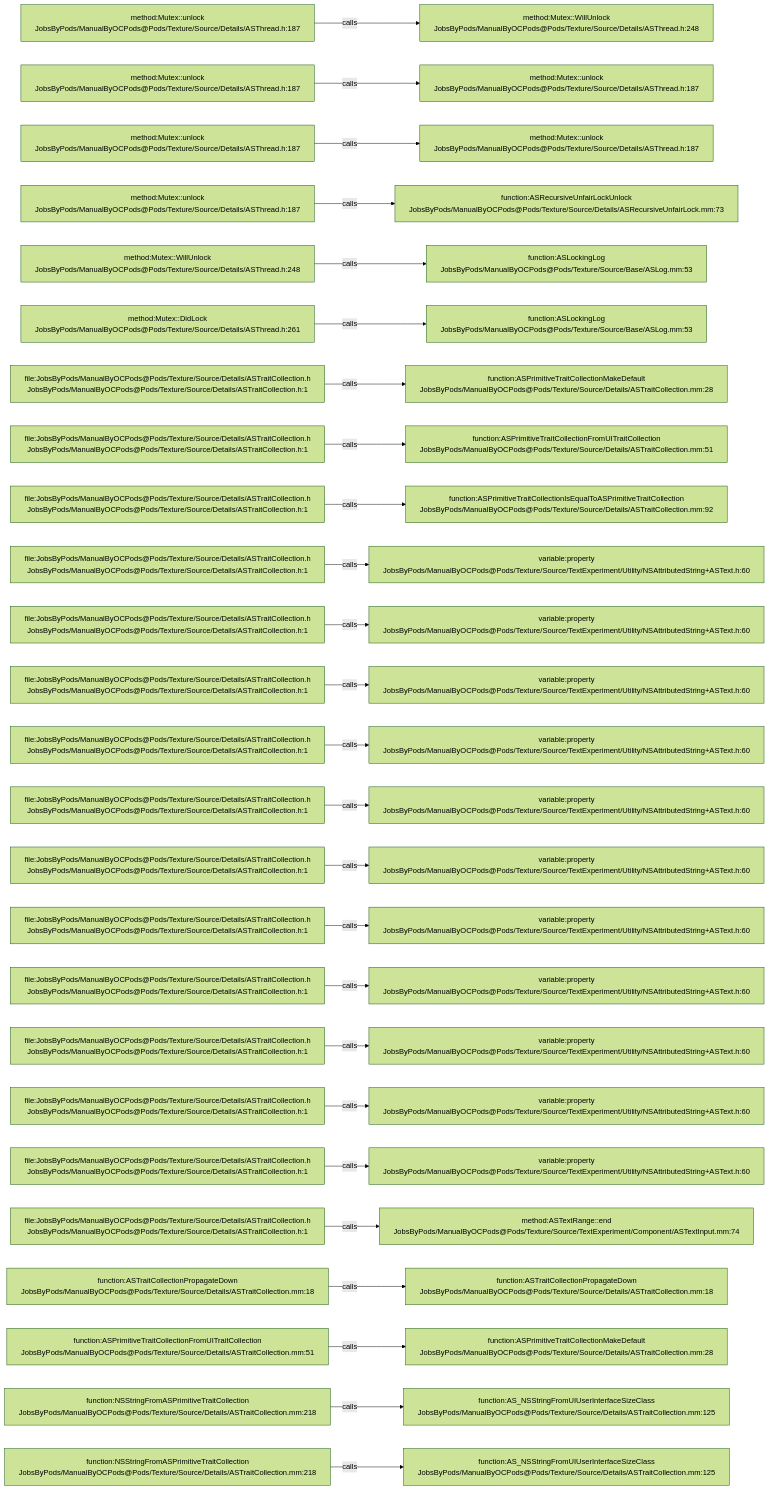
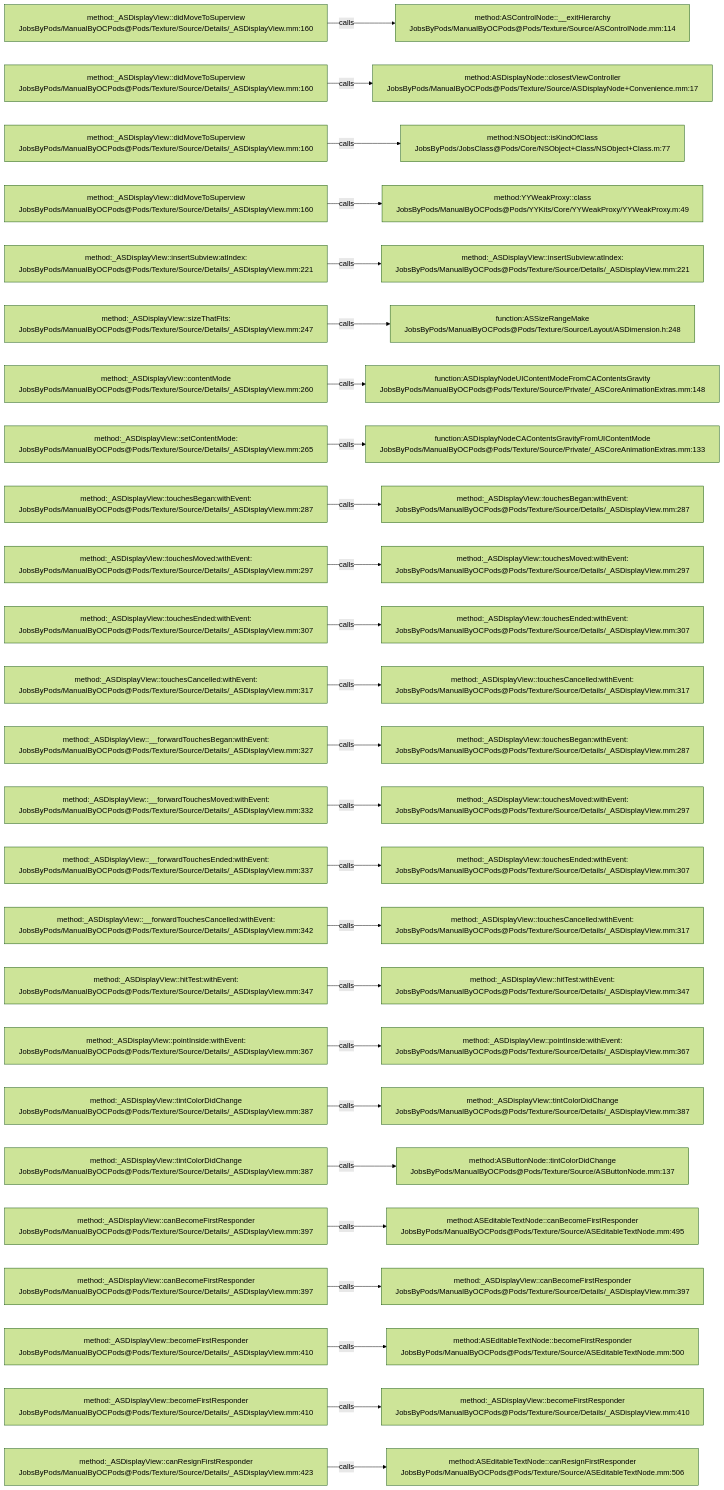
Before and after one commit to JobsKits/JobsOCBaseConfigDemo: the diagram in .codegraph/codegraph.md/graphs/calls-174.md, drawn with Mermaid (forest theme). The commit also changed 1223 other files, not shown here.

````diff
--- a/.codegraph/codegraph.md/graphs/calls-174.md
+++ b/.codegraph/codegraph.md/graphs/calls-174.md
@@ -13,78 +13,78 @@
 ```mermaid
 flowchart LR
-  S1["method:Mutex::unlock<br/>JobsByPods/ManualByOCPods@Pods/Texture/Source/Details/ASThread.h:187"]
-  T1["method:Mutex::WillUnlock<br/>JobsByPods/ManualByOCPods@Pods/Texture/Source/Details/ASThread.h:248"]
+  S1["method:_ASDisplayView::didMoveToSuperview<br/>JobsByPods/ManualByOCPods@Pods/Texture/Source/Details/_ASDisplayView.mm:160"]
+  T1["method:ASControlNode::__exitHierarchy<br/>JobsByPods/ManualByOCPods@Pods/Texture/Source/ASControlNode.mm:114"]
   S1 -->|calls| T1
-  S2["method:Mutex::unlock<br/>JobsByPods/ManualByOCPods@Pods/Texture/Source/Details/ASThread.h:187"]
-  T2["method:Mutex::unlock<br/>JobsByPods/ManualByOCPods@Pods/Texture/Source/Details/ASThread.h:187"]
+  S2["method:_ASDisplayView::didMoveToSuperview<br/>JobsByPods/ManualByOCPods@Pods/Texture/Source/Details/_ASDisplayView.mm:160"]
+  T2["method:ASDisplayNode::closestViewController<br/>JobsByPods/ManualByOCPods@Pods/Texture/Source/ASDisplayNode+Convenience.mm:17"]
   S2 -->|calls| T2
-  S3["method:Mutex::unlock<br/>JobsByPods/ManualByOCPods@Pods/Texture/Source/Details/ASThread.h:187"]
-  T3["method:Mutex::unlock<br/>JobsByPods/ManualByOCPods@Pods/Texture/Source/Details/ASThread.h:187"]
+  S3["method:_ASDisplayView::didMoveToSuperview<br/>JobsByPods/ManualByOCPods@Pods/Texture/Source/Details/_ASDisplayView.mm:160"]
+  T3["method:NSObject::isKindOfClass<br/>JobsByPods/JobsClass@Pods/Core/NSObject+Class/NSObject+Class.m:77"]
   S3 -->|calls| T3
-  S4["method:Mutex::unlock<br/>JobsByPods/ManualByOCPods@Pods/Texture/Source/Details/ASThread.h:187"]
-  T4["function:ASRecursiveUnfairLockUnlock<br/>JobsByPods/ManualByOCPods@Pods/Texture/Source/Details/ASRecursiveUnfairLock.mm:73"]
+  S4["method:_ASDisplayView::didMoveToSuperview<br/>JobsByPods/ManualByOCPods@Pods/Texture/Source/Details/_ASDisplayView.mm:160"]
+  T4["method:YYWeakProxy::class<br/>JobsByPods/ManualByOCPods@Pods/YYKits/Core/YYWeakProxy/YYWeakProxy.m:49"]
   S4 -->|calls| T4
-  S5["method:Mutex::WillUnlock<br/>JobsByPods/ManualByOCPods@Pods/Texture/Source/Details/ASThread.h:248"]
-  T5["function:ASLockingLog<br/>JobsByPods/ManualByOCPods@Pods/Texture/Source/Base/ASLog.mm:53"]
+  S5["method:_ASDisplayView::insertSubview:atIndex:<br/>JobsByPods/ManualByOCPods@Pods/Texture/Source/Details/_ASDisplayView.mm:221"]
+  T5["method:_ASDisplayView::insertSubview:atIndex:<br/>JobsByPods/ManualByOCPods@Pods/Texture/Source/Details/_ASDisplayView.mm:221"]
   S5 -->|calls| T5
-  S6["method:Mutex::DidLock<br/>JobsByPods/ManualByOCPods@Pods/Texture/Source/Details/ASThread.h:261"]
-  T6["function:ASLockingLog<br/>JobsByPods/ManualByOCPods@Pods/Texture/Source/Base/ASLog.mm:53"]
+  S6["method:_ASDisplayView::sizeThatFits:<br/>JobsByPods/ManualByOCPods@Pods/Texture/Source/Details/_ASDisplayView.mm:247"]
+  T6["function:ASSizeRangeMake<br/>JobsByPods/ManualByOCPods@Pods/Texture/Source/Layout/ASDimension.h:248"]
   S6 -->|calls| T6
-  S7["file:JobsByPods/ManualByOCPods@Pods/Texture/Source/Details/ASTraitCollection.h<br/>JobsByPods/ManualByOCPods@Pods/Texture/Source/Details/ASTraitCollection.h:1"]
-  T7["function:ASPrimitiveTraitCollectionMakeDefault<br/>JobsByPods/ManualByOCPods@Pods/Texture/Source/Details/ASTraitCollection.mm:28"]
+  S7["method:_ASDisplayView::contentMode<br/>JobsByPods/ManualByOCPods@Pods/Texture/Source/Details/_ASDisplayView.mm:260"]
+  T7["function:ASDisplayNodeUIContentModeFromCAContentsGravity<br/>JobsByPods/ManualByOCPods@Pods/Texture/Source/Private/_ASCoreAnimationExtras.mm:148"]
   S7 -->|calls| T7
-  S8["file:JobsByPods/ManualByOCPods@Pods/Texture/Source/Details/ASTraitCollection.h<br/>JobsByPods/ManualByOCPods@Pods/Texture/Source/Details/ASTraitCollection.h:1"]
-  T8["function:ASPrimitiveTraitCollectionFromUITraitCollection<br/>JobsByPods/ManualByOCPods@Pods/Texture/Source/Details/ASTraitCollection.mm:51"]
+  S8["method:_ASDisplayView::setContentMode:<br/>JobsByPods/ManualByOCPods@Pods/Texture/Source/Details/_ASDisplayView.mm:265"]
+  T8["function:ASDisplayNodeCAContentsGravityFromUIContentMode<br/>JobsByPods/ManualByOCPods@Pods/Texture/Source/Private/_ASCoreAnimationExtras.mm:133"]
   S8 -->|calls| T8
-  S9["file:JobsByPods/ManualByOCPods@Pods/Texture/Source/Details/ASTraitCollection.h<br/>JobsByPods/ManualByOCPods@Pods/Texture/Source/Details/ASTraitCollection.h:1"]
-  T9["function:ASPrimitiveTraitCollectionIsEqualToASPrimitiveTraitCollection<br/>JobsByPods/ManualByOCPods@Pods/Texture/Source/Details/ASTraitCollection.mm:92"]
+  S9["method:_ASDisplayView::touchesBegan:withEvent:<br/>JobsByPods/ManualByOCPods@Pods/Texture/Source/Details/_ASDisplayView.mm:287"]
+  T9["method:_ASDisplayView::touchesBegan:withEvent:<br/>JobsByPods/ManualByOCPods@Pods/Texture/Source/Details/_ASDisplayView.mm:287"]
   S9 -->|calls| T9
-  S10["file:JobsByPods/ManualByOCPods@Pods/Texture/Source/Details/ASTraitCollection.h<br/>JobsByPods/ManualByOCPods@Pods/Texture/Source/Details/ASTraitCollection.h:1"]
-  T10["variable:property<br/>JobsByPods/ManualByOCPods@Pods/Texture/Source/TextExperiment/Utility/NSAttributedString+ASText.h:60"]
+  S10["method:_ASDisplayView::touchesMoved:withEvent:<br/>JobsByPods/ManualByOCPods@Pods/Texture/Source/Details/_ASDisplayView.mm:297"]
+  T10["method:_ASDisplayView::touchesMoved:withEvent:<br/>JobsByPods/ManualByOCPods@Pods/Texture/Source/Details/_ASDisplayView.mm:297"]
   S10 -->|calls| T10
-  S11["file:JobsByPods/ManualByOCPods@Pods/Texture/Source/Details/ASTraitCollection.h<br/>JobsByPods/ManualByOCPods@Pods/Texture/Source/Details/ASTraitCollection.h:1"]
-  T11["variable:property<br/>JobsByPods/ManualByOCPods@Pods/Texture/Source/TextExperiment/Utility/NSAttributedString+ASText.h:60"]
+  S11["method:_ASDisplayView::touchesEnded:withEvent:<br/>JobsByPods/ManualByOCPods@Pods/Texture/Source/Details/_ASDisplayView.mm:307"]
+  T11["method:_ASDisplayView::touchesEnded:withEvent:<br/>JobsByPods/ManualByOCPods@Pods/Texture/Source/Details/_ASDisplayView.mm:307"]
   S11 -->|calls| T11
-  S12["file:JobsByPods/ManualByOCPods@Pods/Texture/Source/Details/ASTraitCollection.h<br/>JobsByPods/ManualByOCPods@Pods/Texture/Source/Details/ASTraitCollection.h:1"]
-  T12["variable:property<br/>JobsByPods/ManualByOCPods@Pods/Texture/Source/TextExperiment/Utility/NSAttributedString+ASText.h:60"]
+  S12["method:_ASDisplayView::touchesCancelled:withEvent:<br/>JobsByPods/ManualByOCPods@Pods/Texture/Source/Details/_ASDisplayView.mm:317"]
+  T12["method:_ASDisplayView::touchesCancelled:withEvent:<br/>JobsByPods/ManualByOCPods@Pods/Texture/Source/Details/_ASDisplayView.mm:317"]
   S12 -->|calls| T12
-  S13["file:JobsByPods/ManualByOCPods@Pods/Texture/Source/Details/ASTraitCollection.h<br/>JobsByPods/ManualByOCPods@Pods/Texture/Source/Details/ASTraitCollection.h:1"]
-  T13["variable:property<br/>JobsByPods/ManualByOCPods@Pods/Texture/Source/TextExperiment/Utility/NSAttributedString+ASText.h:60"]
+  S13["method:_ASDisplayView::__forwardTouchesBegan:withEvent:<br/>JobsByPods/ManualByOCPods@Pods/Texture/Source/Details/_ASDisplayView.mm:327"]
+  T13["method:_ASDisplayView::touchesBegan:withEvent:<br/>JobsByPods/ManualByOCPods@Pods/Texture/Source/Details/_ASDisplayView.mm:287"]
   S13 -->|calls| T13
-  S14["file:JobsByPods/ManualByOCPods@Pods/Texture/Source/Details/ASTraitCollection.h<br/>JobsByPods/ManualByOCPods@Pods/Texture/Source/Details/ASTraitCollection.h:1"]
-  T14["variable:property<br/>JobsByPods/ManualByOCPods@Pods/Texture/Source/TextExperiment/Utility/NSAttributedString+ASText.h:60"]
+  S14["method:_ASDisplayView::__forwardTouchesMoved:withEvent:<br/>JobsByPods/ManualByOCPods@Pods/Texture/Source/Details/_ASDisplayView.mm:332"]
+  T14["method:_ASDisplayView::touchesMoved:withEvent:<br/>JobsByPods/ManualByOCPods@Pods/Texture/Source/Details/_ASDisplayView.mm:297"]
   S14 -->|calls| T14
-  S15["file:JobsByPods/ManualByOCPods@Pods/Texture/Source/Details/ASTraitCollection.h<br/>JobsByPods/ManualByOCPods@Pods/Texture/Source/Details/ASTraitCollection.h:1"]
-  T15["variable:property<br/>JobsByPods/ManualByOCPods@Pods/Texture/Source/TextExperiment/Utility/NSAttributedString+ASText.h:60"]
+  S15["method:_ASDisplayView::__forwardTouchesEnded:withEvent:<br/>JobsByPods/ManualByOCPods@Pods/Texture/Source/Details/_ASDisplayView.mm:337"]
+  T15["method:_ASDisplayView::touchesEnded:withEvent:<br/>JobsByPods/ManualByOCPods@Pods/Texture/Source/Details/_ASDisplayView.mm:307"]
   S15 -->|calls| T15
-  S16["file:JobsByPods/ManualByOCPods@Pods/Texture/Source/Details/ASTraitCollection.h<br/>JobsByPods/ManualByOCPods@Pods/Texture/Source/Details/ASTraitCollection.h:1"]
-  T16["variable:property<br/>JobsByPods/ManualByOCPods@Pods/Texture/Source/TextExperiment/Utility/NSAttributedString+ASText.h:60"]
+  S16["method:_ASDisplayView::__forwardTouchesCancelled:withEvent:<br/>JobsByPods/ManualByOCPods@Pods/Texture/Source/Details/_ASDisplayView.mm:342"]
+  T16["method:_ASDisplayView::touchesCancelled:withEvent:<br/>JobsByPods/ManualByOCPods@Pods/Texture/Source/Details/_ASDisplayView.mm:317"]
   S16 -->|calls| T16
-  S17["file:JobsByPods/ManualByOCPods@Pods/Texture/Source/Details/ASTraitCollection.h<br/>JobsByPods/ManualByOCPods@Pods/Texture/Source/Details/ASTraitCollection.h:1"]
-  T17["variable:property<br/>JobsByPods/ManualByOCPods@Pods/Texture/Source/TextExperiment/Utility/NSAttributedString+ASText.h:60"]
+  S17["method:_ASDisplayView::hitTest:withEvent:<br/>JobsByPods/ManualByOCPods@Pods/Texture/Source/Details/_ASDisplayView.mm:347"]
+  T17["method:_ASDisplayView::hitTest:withEvent:<br/>JobsByPods/ManualByOCPods@Pods/Texture/Source/Details/_ASDisplayView.mm:347"]
   S17 -->|calls| T17
-  S18["file:JobsByPods/ManualByOCPods@Pods/Texture/Source/Details/ASTraitCollection.h<br/>JobsByPods/ManualByOCPods@Pods/Texture/Source/Details/ASTraitCollection.h:1"]
-  T18["variable:property<br/>JobsByPods/ManualByOCPods@Pods/Texture/Source/TextExperiment/Utility/NSAttributedString+ASText.h:60"]
+  S18["method:_ASDisplayView::pointInside:withEvent:<br/>JobsByPods/ManualByOCPods@Pods/Texture/Source/Details/_ASDisplayView.mm:367"]
+  T18["method:_ASDisplayView::pointInside:withEvent:<br/>JobsByPods/ManualByOCPods@Pods/Texture/Source/Details/_ASDisplayView.mm:367"]
   S18 -->|calls| T18
-  S19["file:JobsByPods/ManualByOCPods@Pods/Texture/Source/Details/ASTraitCollection.h<br/>JobsByPods/ManualByOCPods@Pods/Texture/Source/Details/ASTraitCollection.h:1"]
-  T19["variable:property<br/>JobsByPods/ManualByOCPods@Pods/Texture/Source/TextExperiment/Utility/NSAttributedString+ASText.h:60"]
+  S19["method:_ASDisplayView::tintColorDidChange<br/>JobsByPods/ManualByOCPods@Pods/Texture/Source/Details/_ASDisplayView.mm:387"]
+  T19["method:_ASDisplayView::tintColorDidChange<br/>JobsByPods/ManualByOCPods@Pods/Texture/Source/Details/_ASDisplayView.mm:387"]
   S19 -->|calls| T19
-  S20["file:JobsByPods/ManualByOCPods@Pods/Texture/Source/Details/ASTraitCollection.h<br/>JobsByPods/ManualByOCPods@Pods/Texture/Source/Details/ASTraitCollection.h:1"]
-  T20["variable:property<br/>JobsByPods/ManualByOCPods@Pods/Texture/Source/TextExperiment/Utility/NSAttributedString+ASText.h:60"]
+  S20["method:_ASDisplayView::tintColorDidChange<br/>JobsByPods/ManualByOCPods@Pods/Texture/Source/Details/_ASDisplayView.mm:387"]
+  T20["method:ASButtonNode::tintColorDidChange<br/>JobsByPods/ManualByOCPods@Pods/Texture/Source/ASButtonNode.mm:137"]
   S20 -->|calls| T20
-  S21["file:JobsByPods/ManualByOCPods@Pods/Texture/Source/Details/ASTraitCollection.h<br/>JobsByPods/ManualByOCPods@Pods/Texture/Source/Details/ASTraitCollection.h:1"]
-  T21["method:ASTextRange::end<br/>JobsByPods/ManualByOCPods@Pods/Texture/Source/TextExperiment/Component/ASTextInput.mm:74"]
+  S21["method:_ASDisplayView::canBecomeFirstResponder<br/>JobsByPods/ManualByOCPods@Pods/Texture/Source/Details/_ASDisplayView.mm:397"]
+  T21["method:ASEditableTextNode::canBecomeFirstResponder<br/>JobsByPods/ManualByOCPods@Pods/Texture/Source/ASEditableTextNode.mm:495"]
   S21 -->|calls| T21
-  S22["function:ASTraitCollectionPropagateDown<br/>JobsByPods/ManualByOCPods@Pods/Texture/Source/Details/ASTraitCollection.mm:18"]
-  T22["function:ASTraitCollectionPropagateDown<br/>JobsByPods/ManualByOCPods@Pods/Texture/Source/Details/ASTraitCollection.mm:18"]
+  S22["method:_ASDisplayView::canBecomeFirstResponder<br/>JobsByPods/ManualByOCPods@Pods/Texture/Source/Details/_ASDisplayView.mm:397"]
+  T22["method:_ASDisplayView::canBecomeFirstResponder<br/>JobsByPods/ManualByOCPods@Pods/Texture/Source/Details/_ASDisplayView.mm:397"]
   S22 -->|calls| T22
-  S23["function:ASPrimitiveTraitCollectionFromUITraitCollection<br/>JobsByPods/ManualByOCPods@Pods/Texture/Source/Details/ASTraitCollection.mm:51"]
-  T23["function:ASPrimitiveTraitCollectionMakeDefault<br/>JobsByPods/ManualByOCPods@Pods/Texture/Source/Details/ASTraitCollection.mm:28"]
+  S23["method:_ASDisplayView::becomeFirstResponder<br/>JobsByPods/ManualByOCPods@Pods/Texture/Source/Details/_ASDisplayView.mm:410"]
+  T23["method:ASEditableTextNode::becomeFirstResponder<br/>JobsByPods/ManualByOCPods@Pods/Texture/Source/ASEditableTextNode.mm:500"]
   S23 -->|calls| T23
-  S24["function:NSStringFromASPrimitiveTraitCollection<br/>JobsByPods/ManualByOCPods@Pods/Texture/Source/Details/ASTraitCollection.mm:218"]
-  T24["function:AS_NSStringFromUIUserInterfaceSizeClass<br/>JobsByPods/ManualByOCPods@Pods/Texture/Source/Details/ASTraitCollection.mm:125"]
+  S24["method:_ASDisplayView::becomeFirstResponder<br/>JobsByPods/ManualByOCPods@Pods/Texture/Source/Details/_ASDisplayView.mm:410"]
+  T24["method:_ASDisplayView::becomeFirstResponder<br/>JobsByPods/ManualByOCPods@Pods/Texture/Source/Details/_ASDisplayView.mm:410"]
   S24 -->|calls| T24
-  S25["function:NSStringFromASPrimitiveTraitCollection<br/>JobsByPods/ManualByOCPods@Pods/Texture/Source/Details/ASTraitCollection.mm:218"]
-  T25["function:AS_NSStringFromUIUserInterfaceSizeClass<br/>JobsByPods/ManualByOCPods@Pods/Texture/Source/Details/ASTraitCollection.mm:125"]
+  S25["method:_ASDisplayView::canResignFirstResponder<br/>JobsByPods/ManualByOCPods@Pods/Texture/Source/Details/_ASDisplayView.mm:423"]
+  T25["method:ASEditableTextNode::canResignFirstResponder<br/>JobsByPods/ManualByOCPods@Pods/Texture/Source/ASEditableTextNode.mm:506"]
   S25 -->|calls| T25
 ```
````
